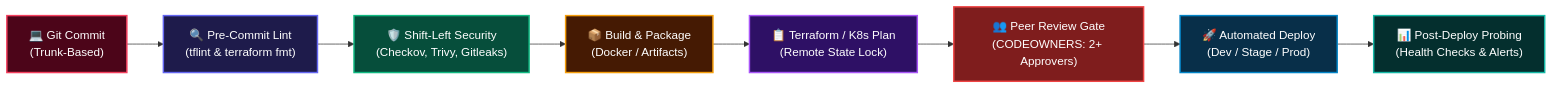
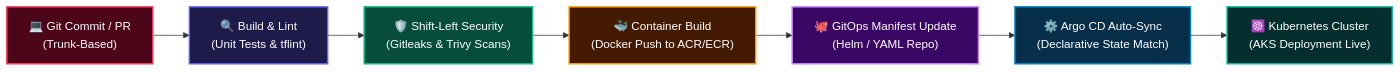
One commit to Sarvesh0401/Sarvesh0401 changed the third of 5 diagrams in README.md. Above: the diagram before and after it, drawn with Mermaid. The commit also changed other lines of this file and 2 other files, not shown here.

First line of the commit message:
feat: align profile with resume focusing on Terraform, CI/CD, and Kubernetes

````diff
--- a/README.md
+++ b/README.md
@@ -160,28 +162,25 @@
 ```mermaid
 flowchart LR
-    A["💻 Git Commit<br/>(Trunk-Based)"] --> B["🔍 Pre-Commit Lint<br/>(tflint & terraform fmt)"]
-    B --> C["🛡️ Shift-Left Security<br/>(Checkov, Trivy, Gitleaks)"]
-    C --> D["📦 Build & Package<br/>(Docker / Artifacts)"]
-    D --> E["📋 Terraform / K8s Plan<br/>(Remote State Lock)"]
-    E --> F["👥 Peer Review Gate<br/>(CODEOWNERS: 2+ Approvers)"]
-    F --> G["🚀 Automated Deploy<br/>(Dev / Stage / Prod)"]
-    G --> H["📊 Post-Deploy Probing<br/>(Health Checks & Alerts)"]
+    A["💻 Git Commit / PR<br/>(Trunk-Based)"] --> B["🔍 Build & Lint<br/>(Unit Tests & tflint)"]
+    B --> C["🛡️ Shift-Left Security<br/>(Gitleaks & Trivy Scans)"]
+    C --> D["🐳 Container Build<br/>(Docker Push to ACR/ECR)"]
+    D --> E["🐙 GitOps Manifest Update<br/>(Helm / YAML Repo)"]
+    E --> F["⚙️ Argo CD Auto-Sync<br/>(Declarative State Match)"]
+    F --> G["☸️ Kubernetes Cluster<br/>(AKS Deployment Live)"]
 
     classDef cGit fill:#4c0519,stroke:#f43f5e,stroke-width:2px,color:#ffffff;
     classDef cLint fill:#1e1b4b,stroke:#6366f1,stroke-width:2px,color:#ffffff;
     classDef cSec fill:#064e3b,stroke:#10b981,stroke-width:2px,color:#ffffff;
     classDef cBuild fill:#451a03,stroke:#f59e0b,stroke-width:2px,color:#ffffff;
-    classDef cPlan fill:#2e1065,stroke:#a855f7,stroke-width:2px,color:#ffffff;
-    classDef cGate fill:#7f1d1d,stroke:#ef4444,stroke-width:2px,color:#ffffff;
-    classDef cApply fill:#082f49,stroke:#0284c7,stroke-width:2px,color:#ffffff;
-    classDef cObs fill:#042f2e,stroke:#14b8a6,stroke-width:2px,color:#ffffff;
+    classDef cGitOps fill:#3b0764,stroke:#c084fc,stroke-width:2px,color:#ffffff;
+    classDef cArgo fill:#082f49,stroke:#0284c7,stroke-width:2px,color:#ffffff;
+    classDef cK8s fill:#042f2e,stroke:#14b8a6,stroke-width:2px,color:#ffffff;
 
     class A cGit;
     class B cLint;
     class C cSec;
     class D cBuild;
-    class E cPlan;
-    class F cGate;
-    class G cApply;
-    class H cObs;
+    class E cGitOps;
+    class F cArgo;
+    class G cK8s;
 ```
````
